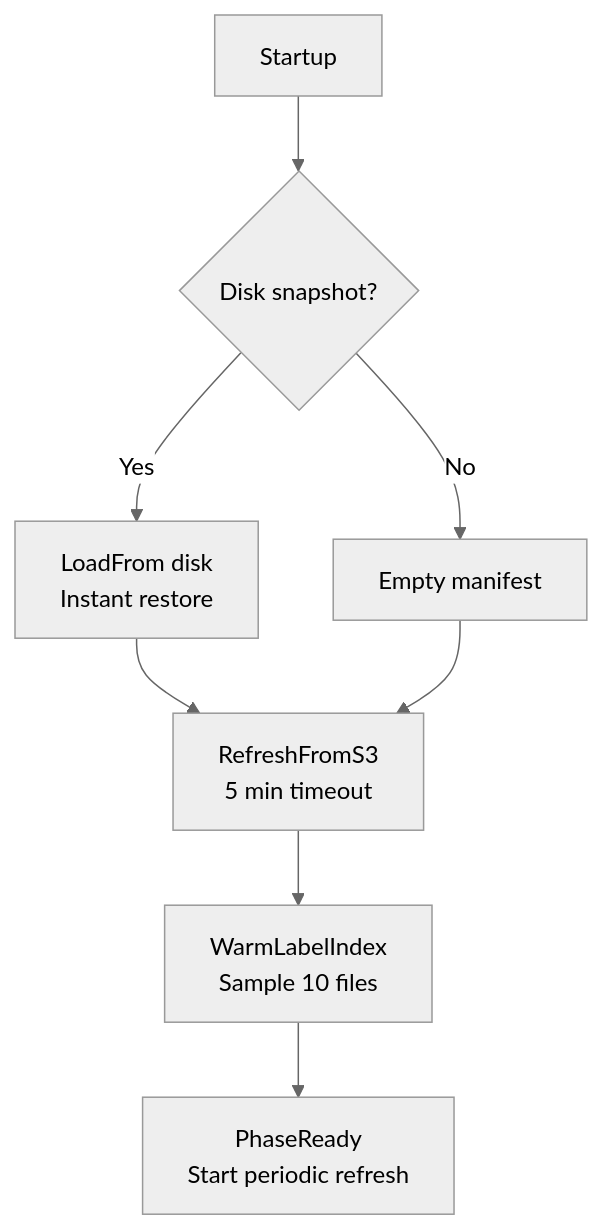
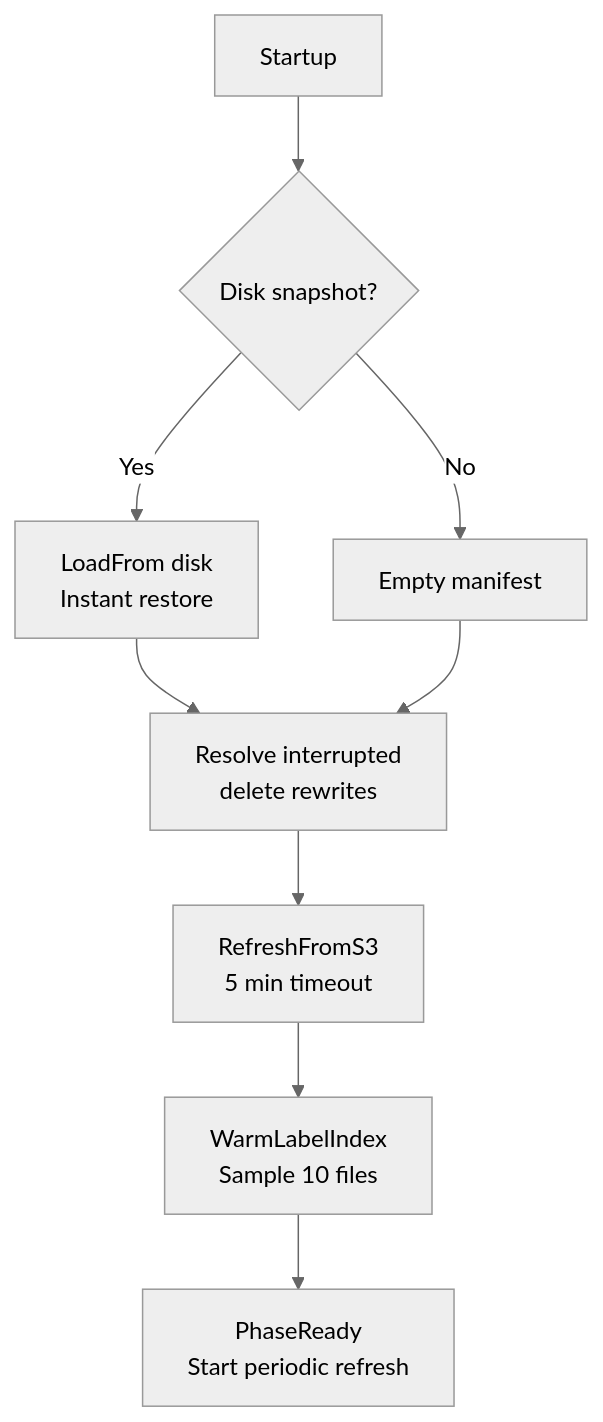
One commit to ReliablyObserve/victoria-lakehouse changed the seventh of 7 diagrams in docs/manifest-system.md. Above: the diagram before and after it, drawn with Mermaid (neutral theme). The commit also changed other lines of this file and 9 other files, not shown here.

````diff
--- a/docs/manifest-system.md
+++ b/docs/manifest-system.md
@@ -255,10 +281,11 @@
 ```mermaid
 flowchart TD
     BOOT[Startup] --> DISK{Disk snapshot?}
     DISK -->|Yes| LOAD[LoadFrom disk<br/>Instant restore]
     DISK -->|No| EMPTY[Empty manifest]
-    LOAD --> S3[RefreshFromS3<br/>5 min timeout]
-    EMPTY --> S3
+    LOAD --> RESOLVE[Resolve interrupted<br/>delete rewrites]
+    EMPTY --> RESOLVE
+    RESOLVE --> S3[RefreshFromS3<br/>5 min timeout]
     S3 --> WARM[WarmLabelIndex<br/>Sample 10 files]
     WARM --> READY[PhaseReady<br/>Start periodic refresh]
 ```
````
